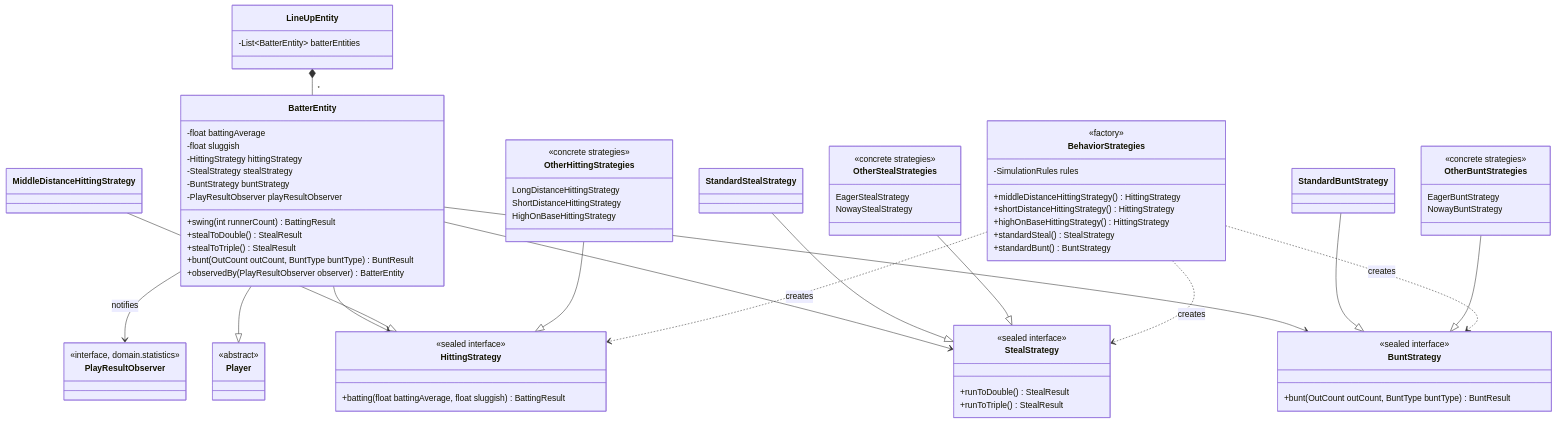
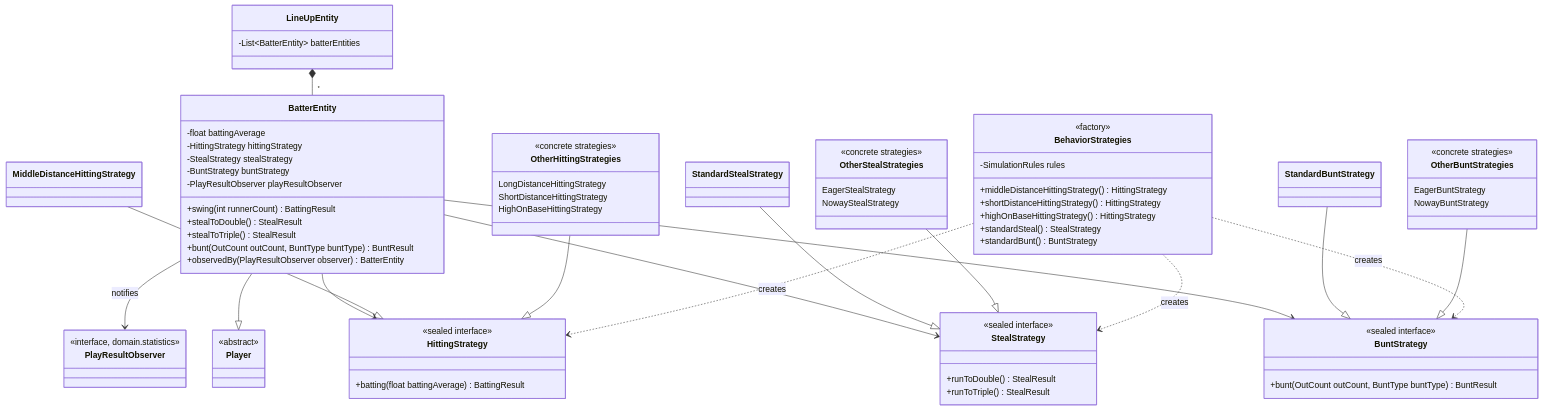
The second of 4 diagrams in apps/simulator/README.md (midetaro/baseball-orders), drawn with Mermaid before and after one commit. The commit also changed other lines of this file and 5 other files, not shown here.

```diff
--- a/apps/simulator/README.md
+++ b/apps/simulator/README.md
@@ -211,7 +211,6 @@
     }
     class BatterEntity {
         -float battingAverage
-        -float sluggish
         -HittingStrategy hittingStrategy
         -StealStrategy stealStrategy
         -BuntStrategy buntStrategy
@@ -228,7 +227,7 @@
 
     class HittingStrategy {
         <<sealed interface>>
-        +batting(float battingAverage, float sluggish) BattingResult
+        +batting(float battingAverage) BattingResult
     }
     class MiddleDistanceHittingStrategy
     class OtherHittingStrategies {
```
